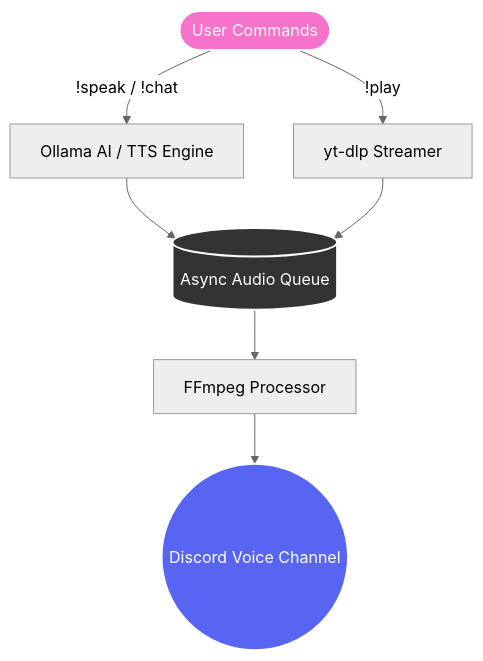
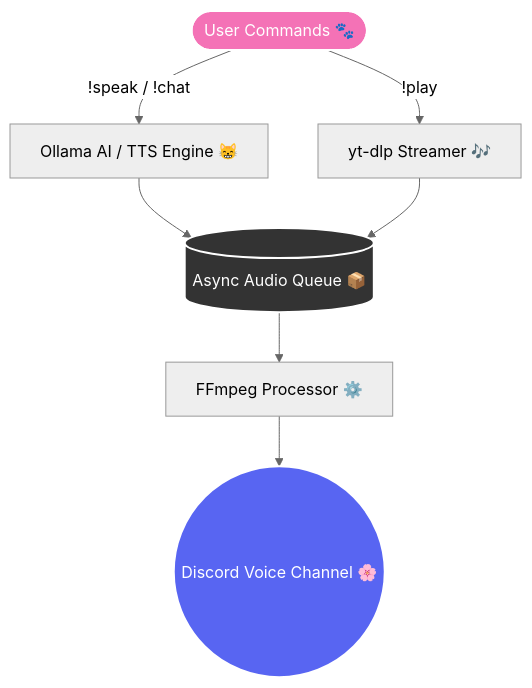
Before and after one commit to E27-25/thai-tts-bot: the diagram in README.md, drawn with Mermaid (neutral theme). The commit also changed other lines of this file, not shown here.

````diff
--- a/README.md
+++ b/README.md
@@ -107,15 +101,15 @@
 ```mermaid
 graph TD
-    User([User Commands]) -->|!speak / !chat| NLP[Ollama AI / TTS Engine]
-    User -->|!play| YTDL[yt-dlp Streamer]
+    User([User Commands 🐾]) -->|!speak / !chat| NLP[Ollama AI / TTS Engine 😸]
+    User -->|!play| YTDL[yt-dlp Streamer 🎶]
     
-    NLP --> Queue[(Async Audio Queue)]
+    NLP --> Queue[(Async Audio Queue 📦)]
     YTDL --> Queue
     
-    Queue --> FFmpeg[FFmpeg Processor]
-    FFmpeg --> Discord((Discord Voice Channel))
+    Queue --> FFmpeg[FFmpeg Processor ⚙️]
+    FFmpeg --> Discord((Discord Voice Channel 🌸))
     
-    style User fill:#F772CA,stroke:#fff,stroke-width:2px,color:#fff
+    style User fill:#F472B6,stroke:#fff,stroke-width:2px,color:#fff
     style Discord fill:#5865F2,stroke:#fff,stroke-width:2px,color:#fff
     style Queue fill:#333,stroke:#fff,stroke-width:2px,color:#fff
 ```
````
